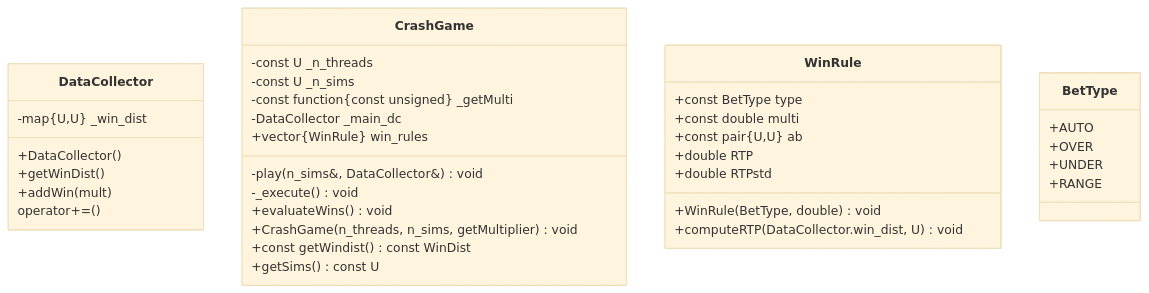
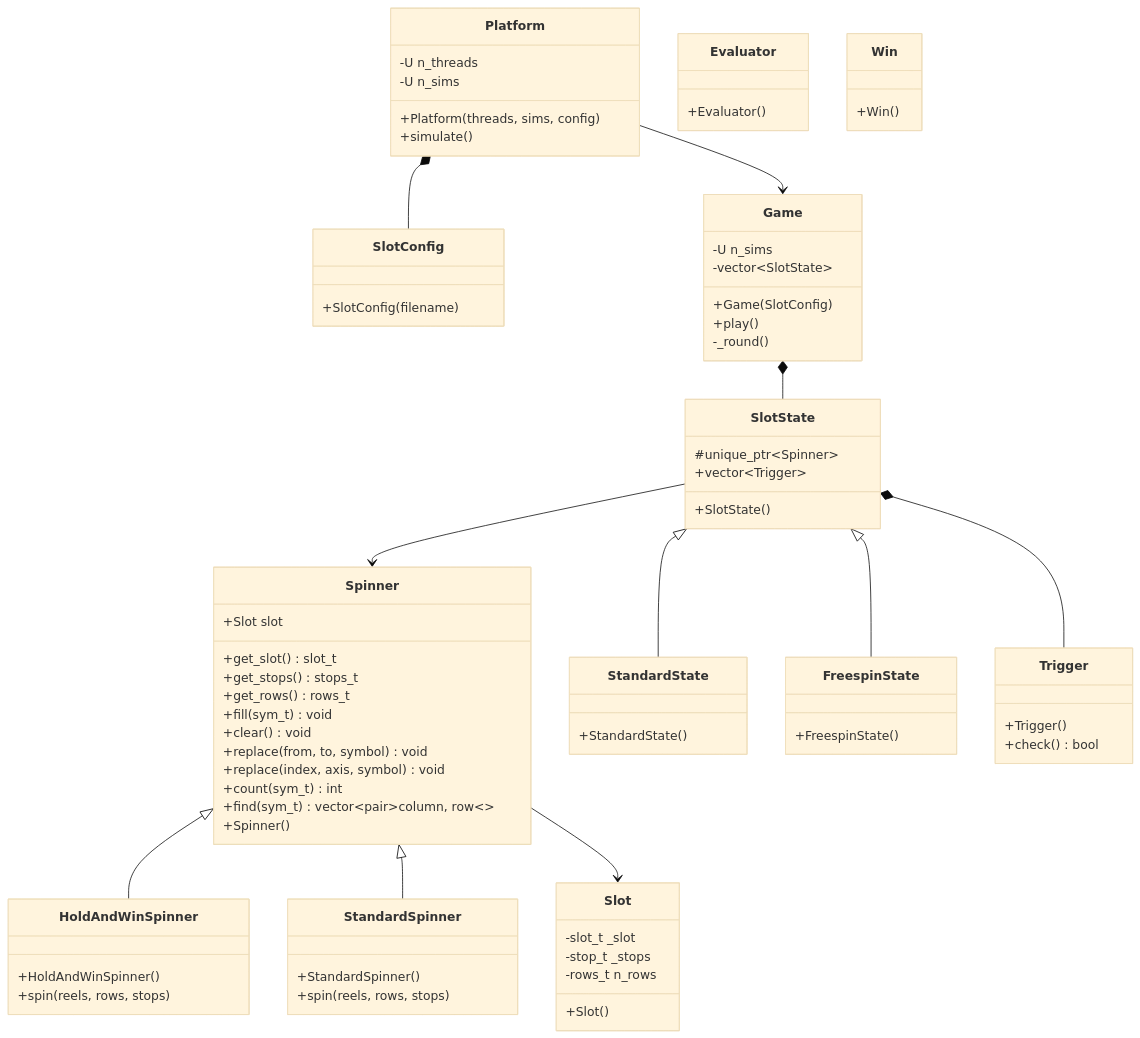
Before and after one commit to gnocchiarsugo/Crash-Game-Simulator: the diagram in README.md, drawn with Mermaid (base theme). The commit also changed other lines of this file and 33 other files, not shown here.

````diff
--- a/README.md
+++ b/README.md
@@ -4,34 +1,79 @@
 ```mermaid
 classDiagram
-    DataCollector : -map{U,U} _win_dist
-    DataCollector : +DataCollector()
-    DataCollector : +getWinDist()
-    DataCollector : +addWin(mult)
-    DataCollector : operator+=()
 
-    CrashGame : -const U _n_threads
-    CrashGame : -const U _n_sims
-    CrashGame : -const function{const unsigned} _getMulti
-    CrashGame : -DataCollector _main_dc
-    CrashGame : +vector{WinRule} win_rules
+    Platform : -U n_threads
+    Platform : -U n_sims
+    Platform : +Platform(threads, sims, config)
+    Platform : +simulate()
+   
+    SlotConfig : +SlotConfig(filename)
 
-    CrashGame : -play(n_sims&, DataCollector&) void
-    CrashGame : -_execute() void
-    CrashGame : +evaluateWins() void
-    CrashGame : +CrashGame(n_threads, n_sims, getMultiplier) void
-    CrashGame : +const getWindist() const WinDist
-    CrashGame : +getSims() const U
+    Game : -U n_sims
+    Game : -vector~SlotState~
+    Game : +Game(SlotConfig)
+    Game : +play()
+    Game : -_round()
 
-    WinRule : +const BetType type
-    WinRule : +const double multi
-    WinRule : +const pair{U,U} ab
-    WinRule : +double RTP
-    WinRule : +double RTPstd
-    WinRule : +WinRule(BetType, double) void
-    WinRule : +computeRTP(DataCollector.win_dist, U) void
+    Slot : -slot_t _slot
+    Slot : -stop_t _stops
+    Slot : -rows_t n_rows
+    Slot : +Slot()
 
-    BetType : +AUTO
-    BetType : +OVER
-    BetType : +UNDER
-    BetType : +RANGE
+    Spinner : +Slot slot
+    Spinner : +get_slot() slot_t
+    Spinner : +get_stops() stops_t
+    Spinner : +get_rows() rows_t
+    Spinner : +fill(sym_t) void
+    Spinner : +clear() void
+    Spinner : +replace(from, to, symbol) void
+    Spinner : +replace(index, axis, symbol) void
+    Spinner : +count(sym_t) int
+    Spinner : +find(sym_t) vector~pair~column, row~~
+    Spinner : +Spinner()
+
+    HoldAndWinSpinner : +HoldAndWinSpinner()
+    HoldAndWinSpinner : +spin(reels, rows, stops)
+    StandardSpinner : +StandardSpinner()
+    StandardSpinner : +spin(reels, rows, stops)
+
+
+    %% SlotState 
+    SlotState : +SlotState()
+    SlotState : #unique_ptr~Spinner~
+    SlotState : +vector~Trigger~
+    StandardState : +StandardState()
+    FreespinState : +FreespinState()
+
+    %% SlotLogic : +SlotLogic()
+    %% SlotLogic : -vector~Trigger~
+
+    
+
+
+    Evaluator : +Evaluator()
+    Win : +Win()
+    
+    
+    Trigger : +Trigger()
+    Trigger : +check() bool
+
+    %% SlotSpinner
+
+
+    
+
+
+    Spinner <|-- HoldAndWinSpinner
+    Spinner <|-- StandardSpinner
+    Spinner --> Slot
+    SlotState --> Spinner
+    SlotState *-- Trigger
+    %% Game --> SlotLogic
+    Platform *-- SlotConfig
+    %% Game *-- Slot
+    Platform --> Game
+    SlotState <|-- StandardState
+    SlotState <|-- FreespinState
+    Game *-- SlotState
+
 ```
````
